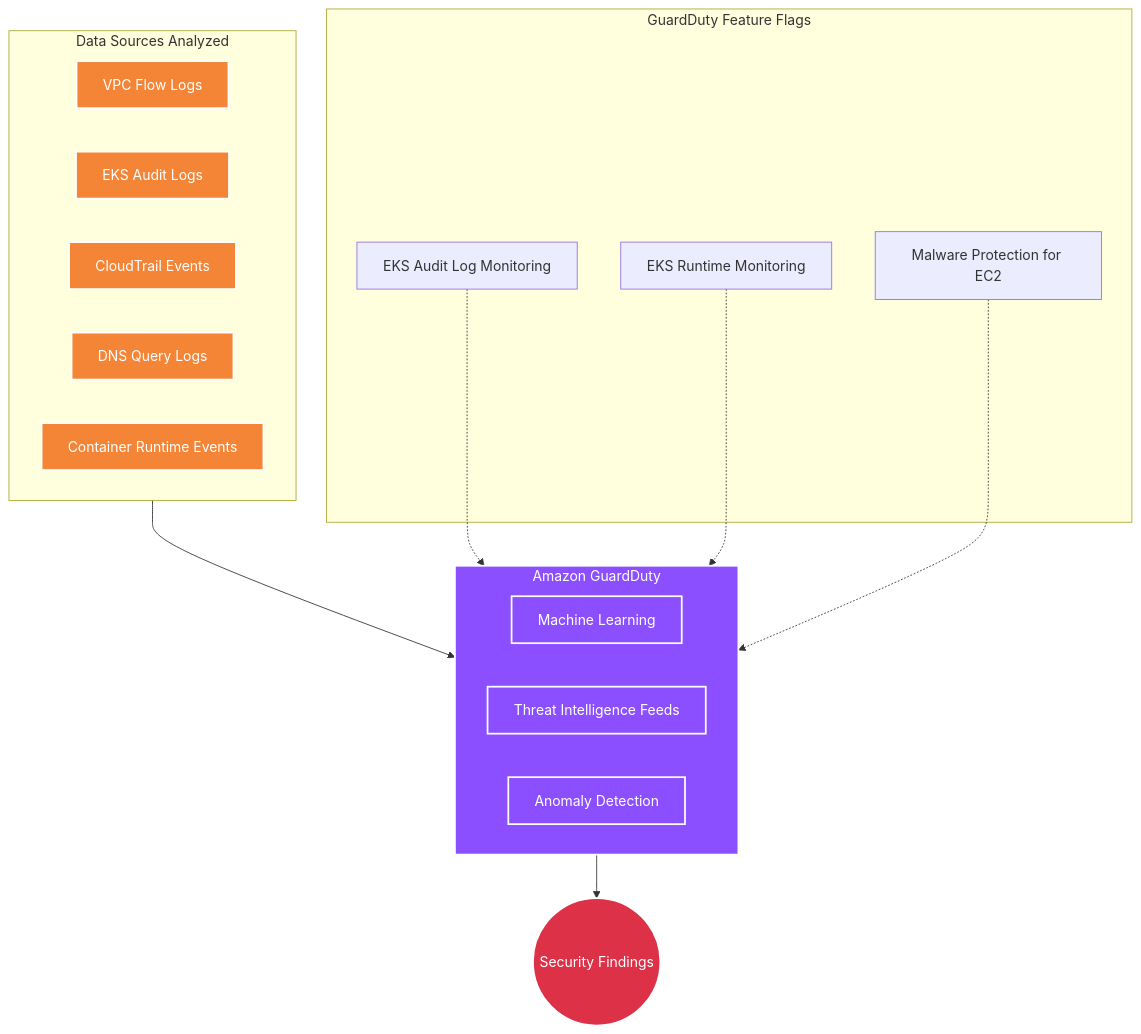
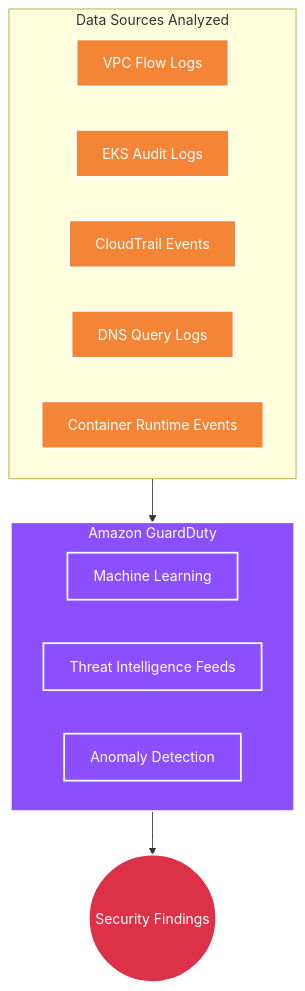
Before and after one commit to selvakumarperumal/EKS_k8s_custom_template_with_Terraform: the first of 3 diagrams in modules/security/README.md, drawn with Mermaid. The commit also changed other lines of this file and 5 other files, not shown here.

Commit message:
docs: rewrite all module READMEs with fixed Mermaid diagrams and Terraform code snippets

````diff
--- a/modules/security/README.md
+++ b/modules/security/README.md
@@ -9,37 +9,27 @@
 ```mermaid
 graph TD
-    classDef source fill:#F58536,stroke:#fff,stroke-width:2px,color:#fff
-    classDef detect fill:#8C4FFF,stroke:#fff,stroke-width:2px,color:#fff
-    classDef output fill:#DC3147,stroke:#fff,stroke-width:2px,color:#fff
+    classDef sourceStyle fill:#F58536,stroke:#fff,stroke-width:2px,color:#fff
+    classDef detectStyle fill:#8C4FFF,stroke:#fff,stroke-width:2px,color:#fff
+    classDef outputStyle fill:#DC3147,stroke:#fff,stroke-width:2px,color:#fff
 
     subgraph Data_Sources ["Data Sources Analyzed"]
         VPCFlow["VPC Flow Logs"]
         K8sAudit["EKS Audit Logs"]
         CloudTrail["CloudTrail Events"]
         DNS["DNS Query Logs"]
         Runtime["Container Runtime Events"]
     end
 
     subgraph GuardDuty_Engine ["Amazon GuardDuty"]
         ML["Machine Learning"]
         ThreatIntel["Threat Intelligence Feeds"]
         Anomaly["Anomaly Detection"]
     end
 
-    subgraph GuardDuty_Features ["GuardDuty Feature Flags"]
-        EKS_Audit["EKS Audit Log Monitoring"]
-        EKS_Runtime["EKS Runtime Monitoring"]
-        Malware["Malware Protection for EC2"]
-    end
+    Data_Sources --> GuardDuty_Engine
+    GuardDuty_Engine --> Findings(("Security Findings"))
 
-    Data_Sources --> GuardDuty_Engine
-    GuardDuty_Engine --> Findings((Security Findings))
-
-    EKS_Audit -.-> GuardDuty_Engine
-    EKS_Runtime -.-> GuardDuty_Engine
-    Malware -.-> GuardDuty_Engine
-
-    class VPCFlow,K8sAudit,CloudTrail,DNS,Runtime source
-    class GuardDuty_Engine,ML,ThreatIntel,Anomaly detect
-    class Findings output
+    class VPCFlow,K8sAudit,CloudTrail,DNS,Runtime sourceStyle
+    class GuardDuty_Engine,ML,ThreatIntel,Anomaly detectStyle
+    class Findings outputStyle
 ```
````
